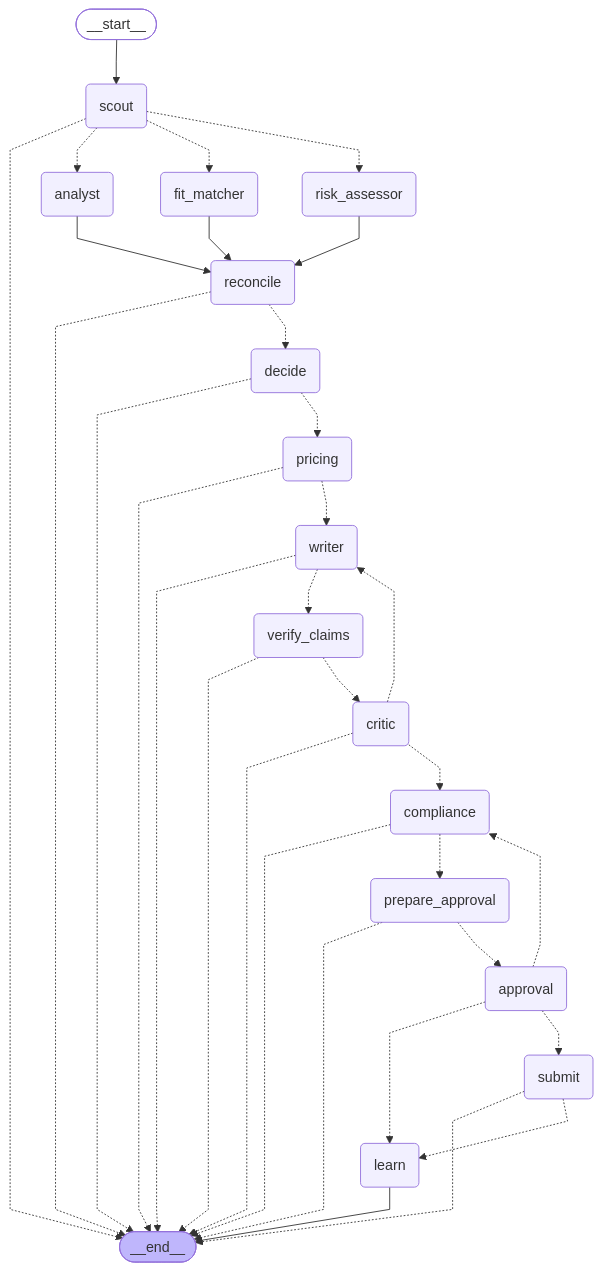
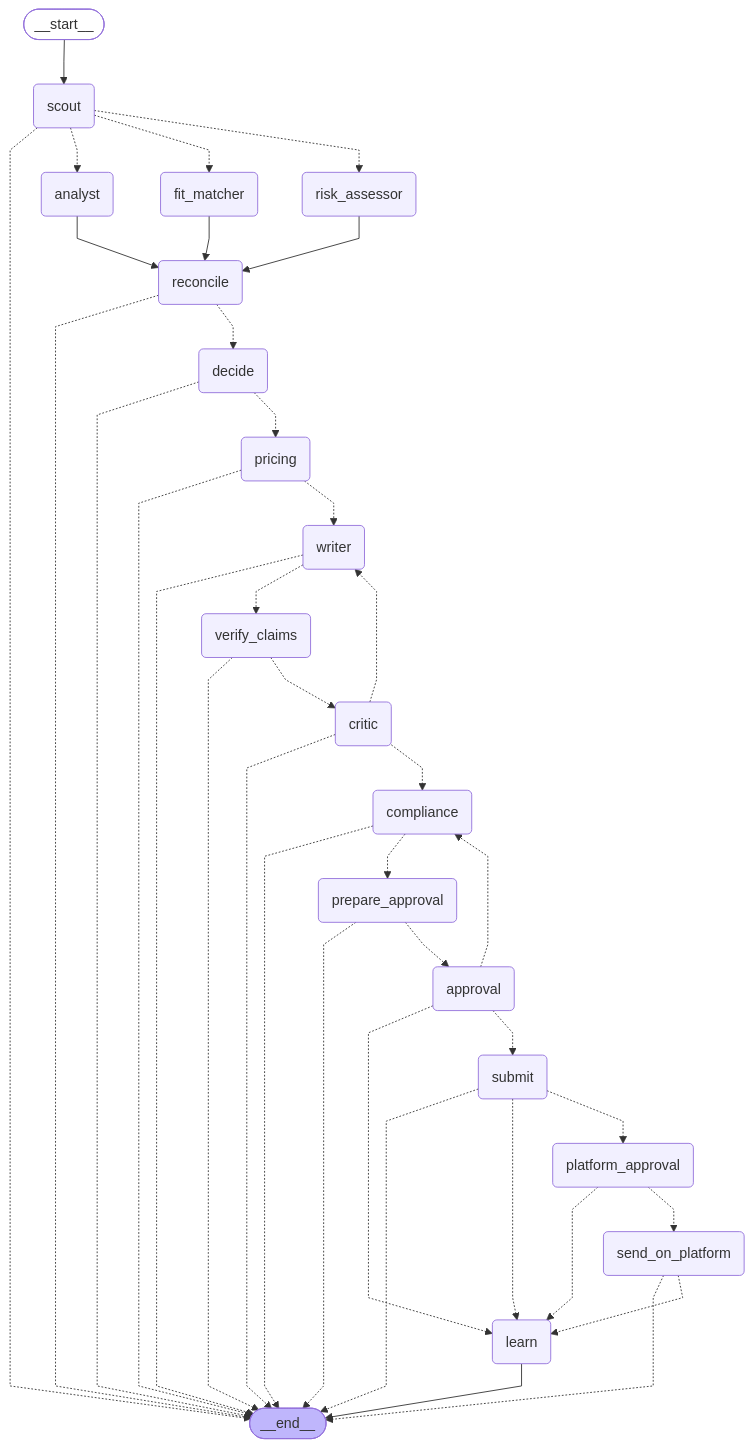
One commit to FatimaSohailll/GigBid changed the diagram in docs/images/bid_graph.mmd. Above: the diagram before and after it, drawn with Mermaid. The commit also changed 34 other files, not shown here.

```diff
--- a/docs/images/bid_graph.mmd
+++ b/docs/images/bid_graph.mmd
@@ -1,57 +1,64 @@
 ---
 config:
   flowchart:
     curve: linear
 ---
 graph TD;
 	__start__([<p>__start__</p>]):::first
 	scout(scout)
 	analyst(analyst)
 	risk_assessor(risk_assessor)
 	fit_matcher(fit_matcher)
 	reconcile(reconcile)
 	decide(decide)
 	pricing(pricing)
 	writer(writer)
 	verify_claims(verify_claims)
 	critic(critic)
 	compliance(compliance)
 	prepare_approval(prepare_approval)
 	submit(submit)
+	send_on_platform(send_on_platform)
 	learn(learn)
 	approval(approval)
+	platform_approval(platform_approval)
 	__end__([<p>__end__</p>]):::last
 	__start__ --> scout;
 	analyst --> reconcile;
 	approval -.-> compliance;
 	approval -.-> learn;
 	approval -.-> submit;
 	compliance -.-> __end__;
 	compliance -.-> prepare_approval;
 	critic -.-> __end__;
 	critic -.-> compliance;
 	critic -.-> writer;
 	decide -.-> __end__;
 	decide -.-> pricing;
 	fit_matcher --> reconcile;
+	platform_approval -.-> learn;
+	platform_approval -.-> send_on_platform;
 	prepare_approval -.-> __end__;
 	prepare_approval -.-> approval;
 	pricing -.-> __end__;
 	pricing -.-> writer;
 	reconcile -.-> __end__;
 	reconcile -.-> decide;
 	risk_assessor --> reconcile;
 	scout -.-> __end__;
 	scout -.-> analyst;
 	scout -.-> fit_matcher;
 	scout -.-> risk_assessor;
+	send_on_platform -.-> __end__;
+	send_on_platform -.-> learn;
 	submit -.-> __end__;
 	submit -.-> learn;
+	submit -.-> platform_approval;
 	verify_claims -.-> __end__;
 	verify_claims -.-> critic;
 	writer -.-> __end__;
 	writer -.-> verify_claims;
 	learn --> __end__;
 	classDef default fill:#f2f0ff,line-height:1.2
 	classDef first fill-opacity:0
 	classDef last fill:#bfb6fc
```
